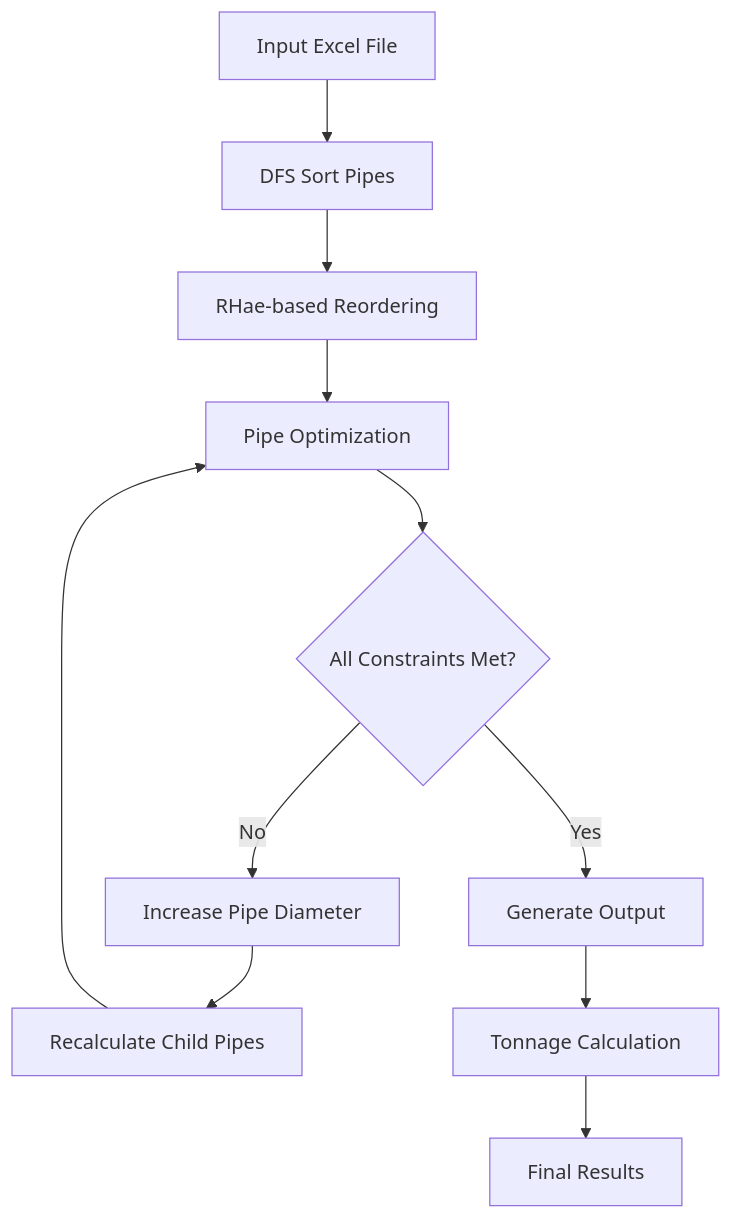
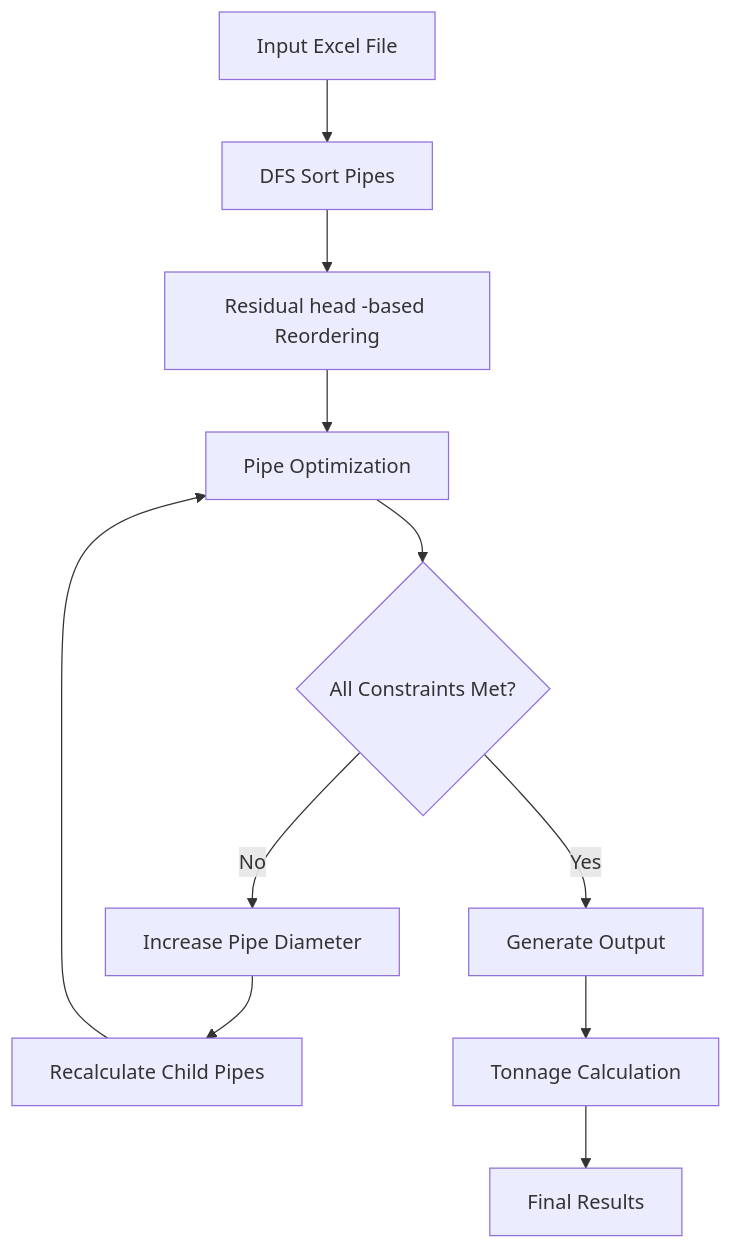
Before and after one commit to mohnish-pmk/pipe_dia_optimization: the diagram in README.md, drawn with Mermaid. The commit also changed other lines of this file, not shown here.

Commit message:
Update terminology from 'RHae' to 'Residual head'

````diff
--- a/README.md
+++ b/README.md
@@ -56,13 +56,13 @@
 ```mermaid
 graph TD
     A[Input Excel File] --> B[DFS Sort Pipes]
-    B --> C[RHae-based Reordering]
+    B --> C[Residual head -based Reordering]
     C --> D[Pipe Optimization]
     D --> E{All Constraints Met?}
     E -->|No| F[Increase Pipe Diameter]
     F --> G[Recalculate Child Pipes]
     G --> D
     E -->|Yes| H[Generate Output]
     H --> I[Tonnage Calculation]
     I --> J[Final Results]
 ```
````
